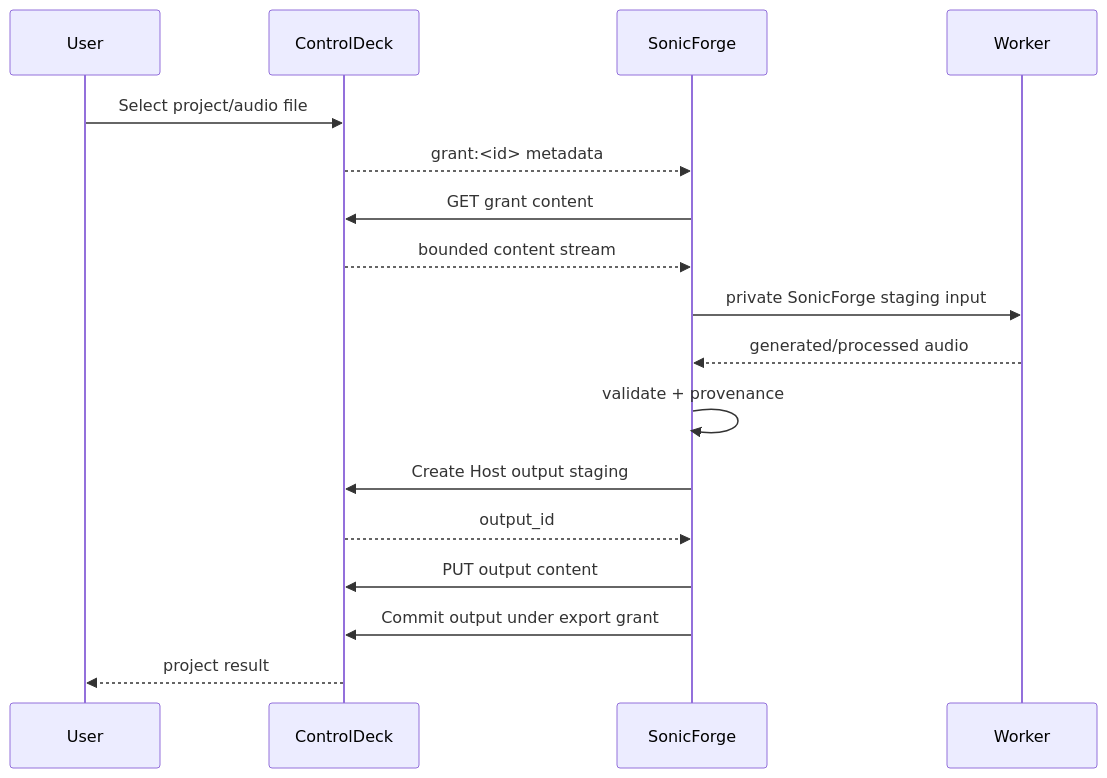
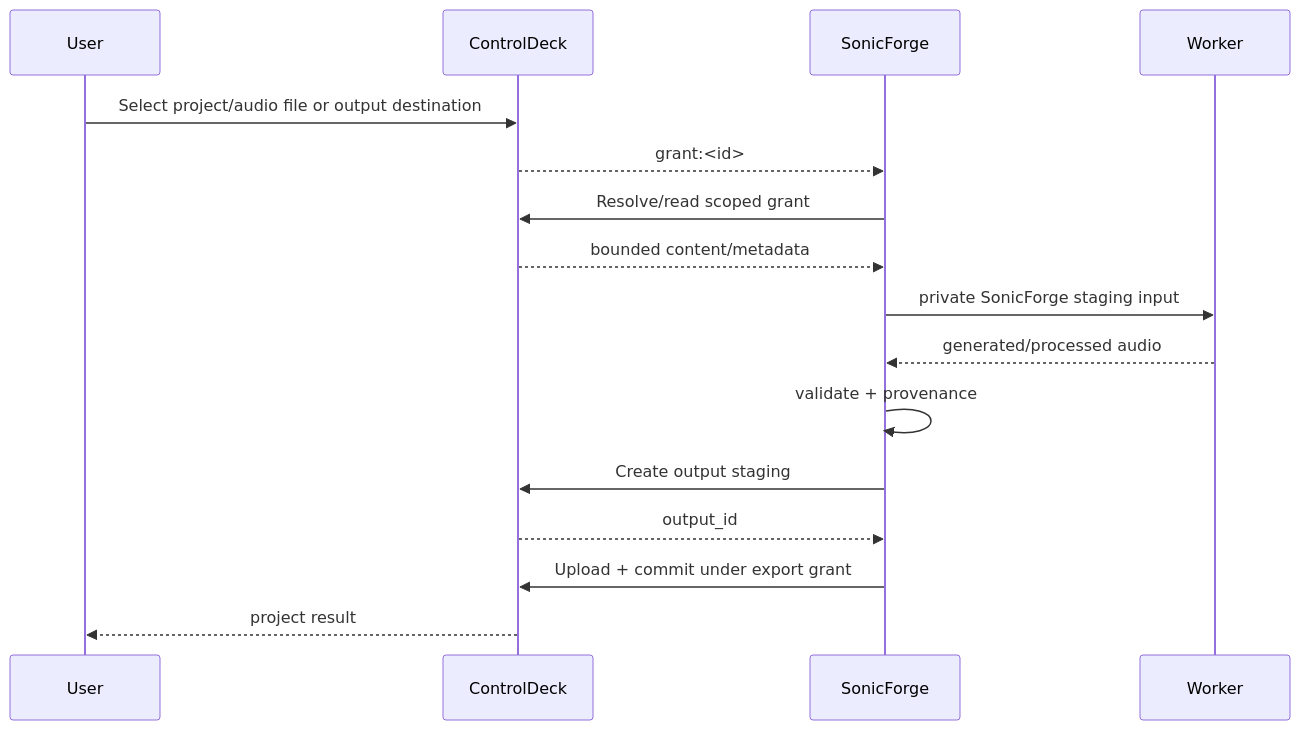
Before and after one commit to souten-yd/ControlDeckSonicForge: the seventh of 13 diagrams in docs/12-architecture-diagrams.md, drawn with Mermaid. The commit also changed other lines of this file, not shown here.

Commit message:
docs: align diagrams with signed bilingual setup

````diff
--- a/docs/12-architecture-diagrams.md
+++ b/docs/12-architecture-diagrams.md
@@ -145,20 +187,19 @@
 ```mermaid
 sequenceDiagram
     participant User
     participant CD as ControlDeck
     participant SF as SonicForge
     participant W as Worker
 
-    User->>CD: Select project/audio file
-    CD-->>SF: grant:<id> metadata
-    SF->>CD: GET grant content
-    CD-->>SF: bounded content stream
+    User->>CD: Select project/audio file or output destination
+    CD-->>SF: grant:<id>
+    SF->>CD: Resolve/read scoped grant
+    CD-->>SF: bounded content/metadata
     SF->>W: private SonicForge staging input
     W-->>SF: generated/processed audio
     SF->>SF: validate + provenance
-    SF->>CD: Create Host output staging
+    SF->>CD: Create output staging
     CD-->>SF: output_id
-    SF->>CD: PUT output content
-    SF->>CD: Commit output under export grant
+    SF->>CD: Upload + commit under export grant
     CD-->>User: project result
 ```
````
